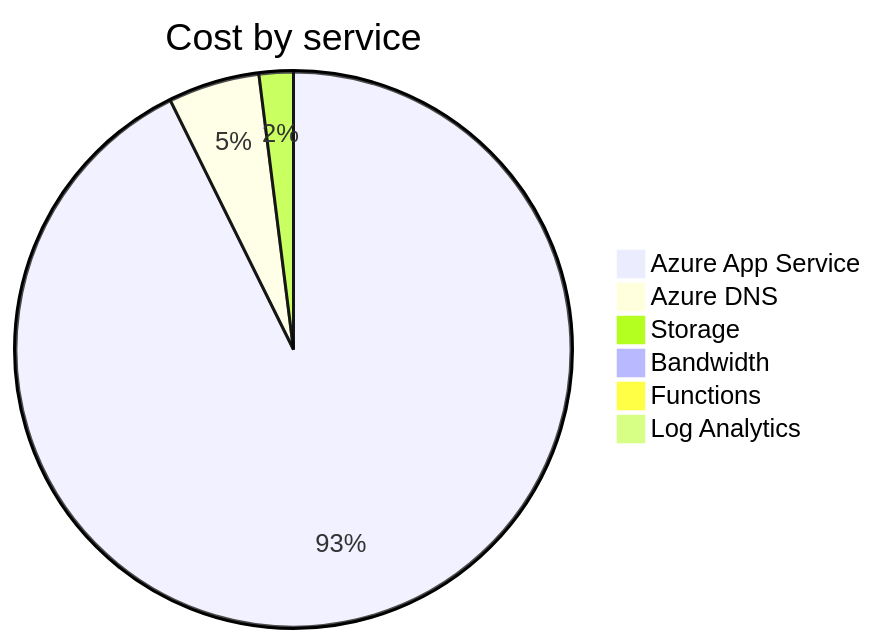
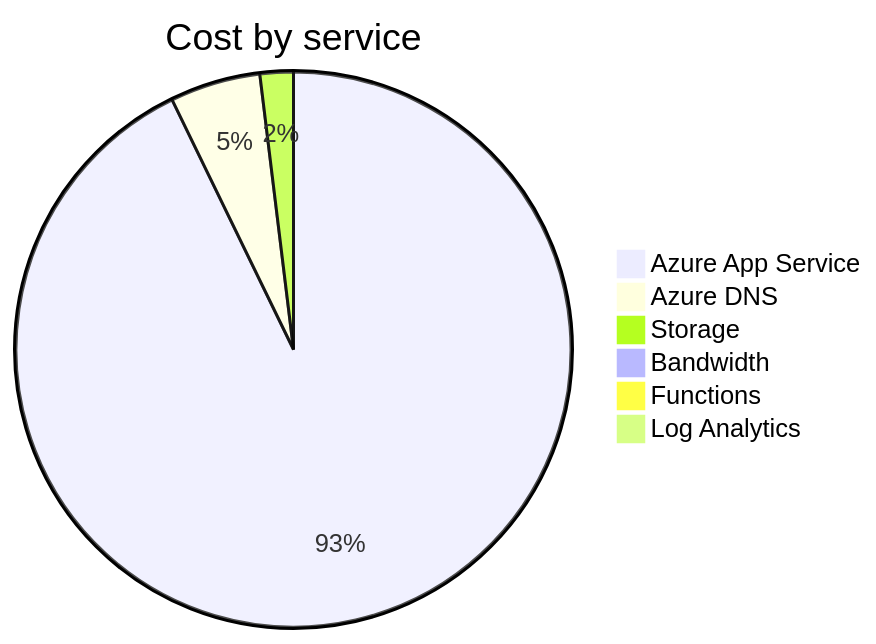
One commit to jpfulton/azure-personal-reports changed the second of 4 diagrams in cost-reports/accumulated-cost.md. Above: the diagram before and after it, drawn with Mermaid. The commit also changed other lines of this file and 4 other files, not shown here.

````diff
--- a/cost-reports/accumulated-cost.md
+++ b/cost-reports/accumulated-cost.md
@@ -98,10 +98,10 @@
 ```mermaid
 pie
    title Cost by service
-   "Azure App Service" : 2.79
-   "Azure DNS" : 0.16
-   "Storage" : 0.06
+   "Azure App Service" : 3.35
+   "Azure DNS" : 0.19
+   "Storage" : 0.07
    "Bandwidth" : 0.00
    "Functions" : 0.00
    "Log Analytics" : 0.00
 ```
````
